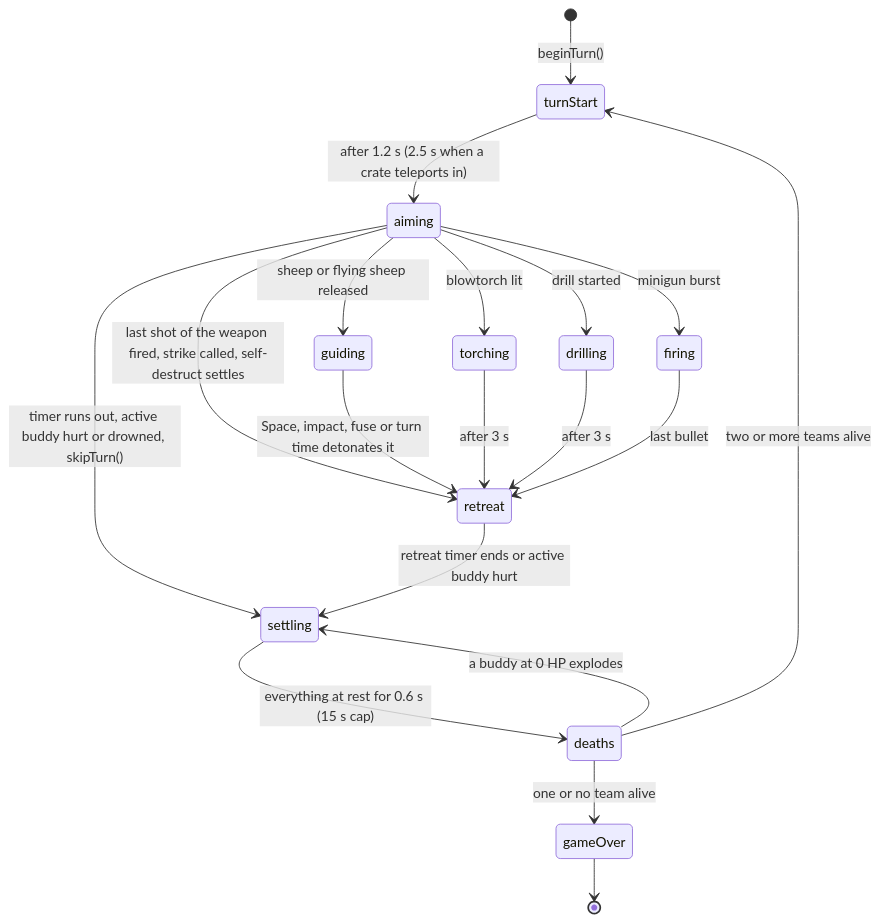
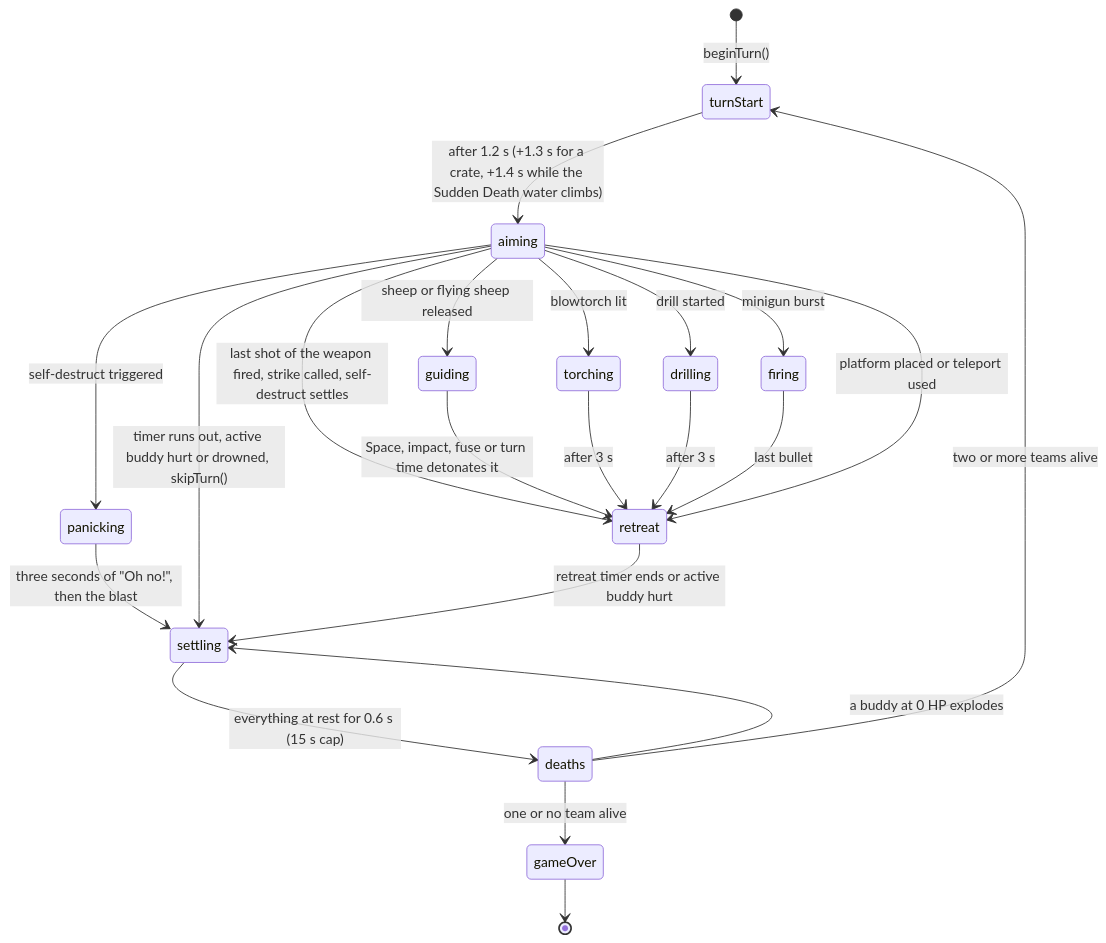
The sixth of 9 diagrams in docs/ARCHITECTURE.md (marcelpetrick/AlliumAssault), drawn with Mermaid before and after one commit. The commit also changed other lines of this file and 37 other files, not shown here.

First line of the commit message:
feat(ui): group the weapons, fix the gate, and let self-destruct panic

````diff
--- a/docs/ARCHITECTURE.md
+++ b/docs/ARCHITECTURE.md
@@ -195,21 +196,24 @@
 ```mermaid
 stateDiagram-v2
   [*] --> turnStart: beginTurn()
-  turnStart --> aiming: after 1.2 s (2.5 s when a crate teleports in)
+  turnStart --> aiming: after 1.2 s (+1.3 s for a crate, +1.4 s while the Sudden Death water climbs)
   aiming --> retreat: last shot of the weapon fired, strike called, self-destruct settles
   aiming --> guiding: sheep or flying sheep released
   guiding --> retreat: Space, impact, fuse or turn time detonates it
   aiming --> torching: blowtorch lit
   torching --> retreat: after 3 s
   aiming --> drilling: drill started
   drilling --> retreat: after 3 s
   aiming --> firing: minigun burst
   firing --> retreat: last bullet
+  aiming --> panicking: self-destruct triggered
+  panicking --> settling: three seconds of "Oh no!", then the blast
+  aiming --> retreat: platform placed or teleport used
   aiming --> settling: timer runs out, active buddy hurt or drowned, skipTurn()
   retreat --> settling: retreat timer ends or active buddy hurt
   settling --> deaths: everything at rest for 0.6 s (15 s cap)
   deaths --> settling: a buddy at 0 HP explodes
   deaths --> turnStart: two or more teams alive
   deaths --> gameOver: one or no team alive
   gameOver --> [*]
 ```
````
